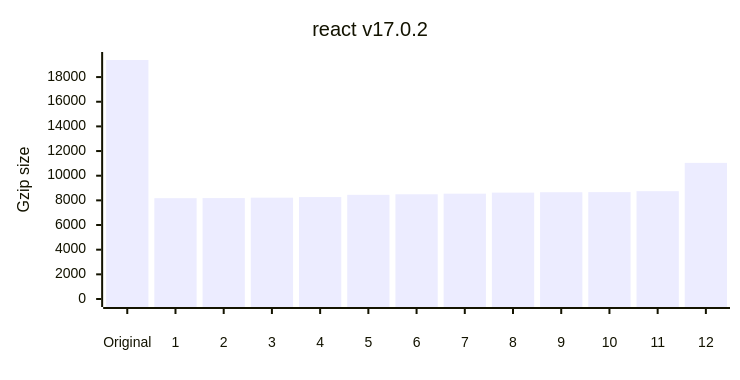
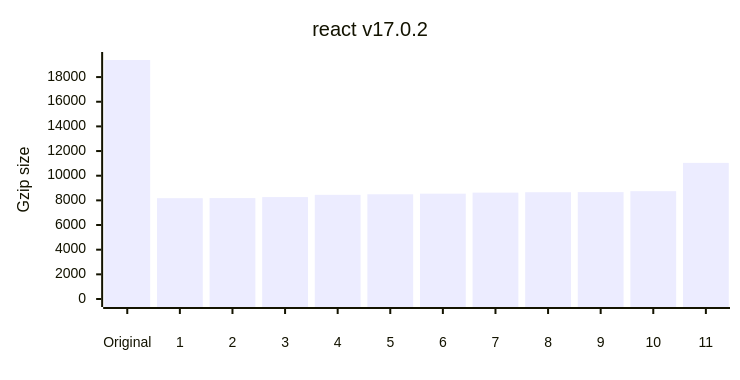
One commit to privatenumber/minification-benchmarks changed the first of 12 diagrams in README.md. Above: the diagram before and after it, drawn with Mermaid. The commit also changed other lines of this file and 1 other file, not shown here.

````diff
--- a/README.md
+++ b/README.md
@@ -77,17 +77,17 @@
 ```mermaid
 ---
 config:
     xyChart:
         width: 720
         height: 360
         xAxis:
             labelPadding: 20
         yAxis:
             labelPadding: 10
 ---
 xychart-beta
 	title "react v17.0.2"
-	x-axis ["Original",1,2,3,4,5,6,7,8,9,10,11,12]
+	x-axis ["Original",1,2,3,4,5,6,7,8,9,10,11]
 	y-axis "Gzip size" 0 --> 19385
-	bar [19385,8177,8186,8216,8265,8448,8493,8543,8628,8661,8668,8746,11040]
+	bar [19385,8177,8186,8265,8448,8493,8543,8628,8661,8668,8746,11040]
 ```
````
